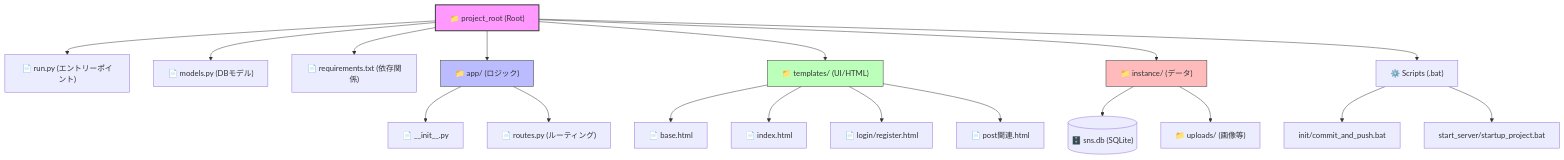
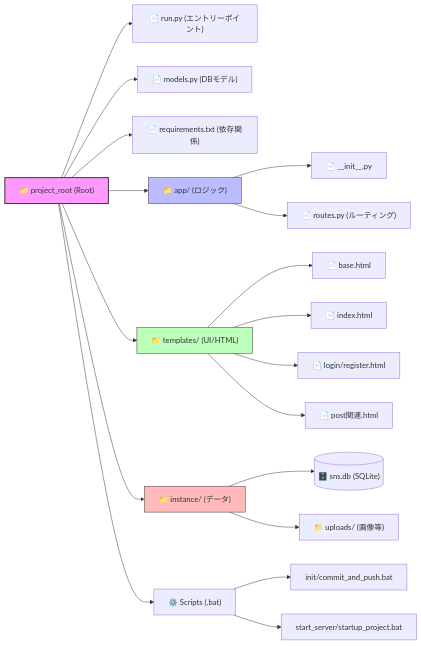
The diagram in SystemDiagram/SystemDiagram.md (tegrafuse/Saisyukadai), drawn with Mermaid before and after one commit.

Commit message:
SystemDiagram

````diff
--- a/SystemDiagram/SystemDiagram.md
+++ b/SystemDiagram/SystemDiagram.md
@@ -1,37 +1,37 @@
 ```mermaid
-graph TD;
+graph LR;
     Root["📁 project_root (Root)"]
     
     %% Python core files
     Root --> run_py["📄 run.py (エントリーポイント)"];
     Root --> models_py["📄 models.py (DBモデル)"];
     Root --> req_txt["📄 requirements.txt (依存関係)"];
     
     %% App directory
     Root --> AppDir["📁 app/ (ロジック)"];
     AppDir --> app_init["📄 __init__.py"];
     AppDir --> app_routes["📄 routes.py (ルーティング)"];
     
     %% Templates directory
     Root --> TempDir["📁 templates/ (UI/HTML)"];
     TempDir --> base_h["📄 base.html"];
     TempDir --> index_h["📄 index.html"];
     TempDir --> auth_h["📄 login/register.html"];
     TempDir --> post_h["📄 post関連.html"];
     
     %% Instance directory
     Root --> InstDir["📁 instance/ (データ)"];
     InstDir --> db_file[("🗄️ sns.db (SQLite)")];
     InstDir --> upload_dir["📁 uploads/ (画像等)"];
     
     %% Scripts
     Root --> BatchDir["⚙️ Scripts (.bat)"];
     BatchDir --> git_bat["init/commit_and_push.bat"];
     BatchDir --> start_bat["start_server/startup_project.bat"];
 
     %% Styles
     style Root fill:#f9f,stroke:#333,stroke-width:2px
     style AppDir fill:#bbf,stroke:#333
     style TempDir fill:#bfb,stroke:#333
     style InstDir fill:#fbb,stroke:#333
 ```
````
